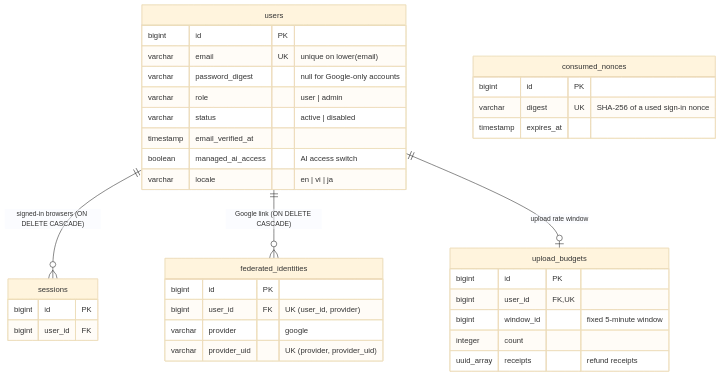
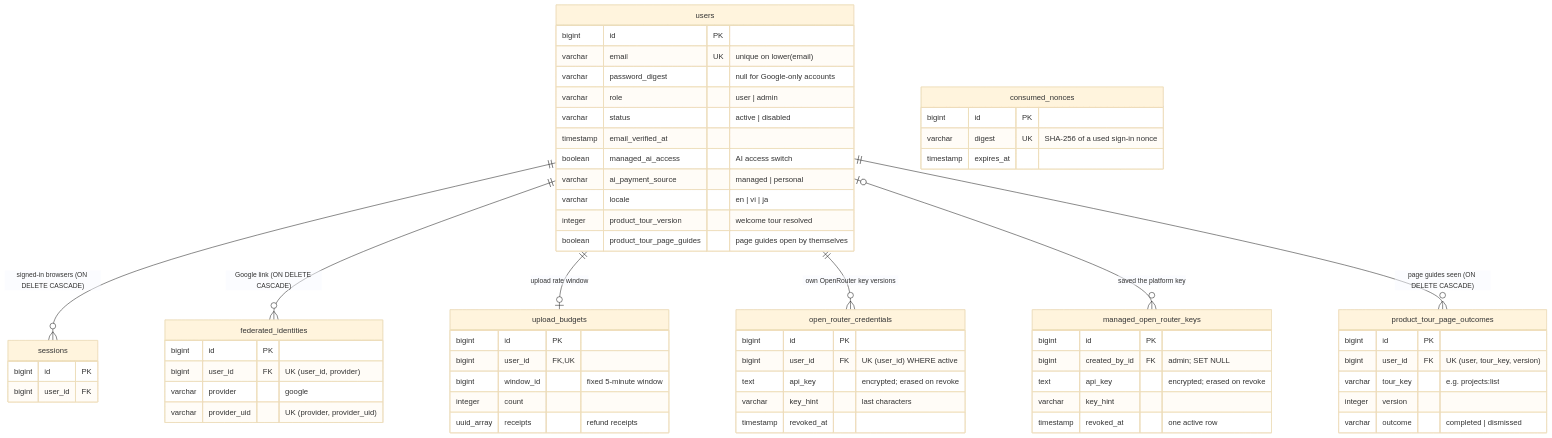
Before and after one commit to XKeviNguyen/three_heavens: the second of 11 diagrams in docs/architecture/database.md, drawn with Mermaid (base theme). The commit also changed other lines of this file and 151 other files, not shown here.

````diff
--- a/docs/architecture/database.md
+++ b/docs/architecture/database.md
@@ -49,38 +49,65 @@
 ```mermaid
 erDiagram
   users {
     bigint id PK
     varchar email UK "unique on lower(email)"
     varchar password_digest "null for Google-only accounts"
     varchar role "user | admin"
     varchar status "active | disabled"
     timestamp email_verified_at
     boolean managed_ai_access "AI access switch"
+    varchar ai_payment_source "managed | personal"
     varchar locale "en | vi | ja"
+    integer product_tour_version "welcome tour resolved"
+    boolean product_tour_page_guides "page guides open by themselves"
+  }
+  open_router_credentials {
+    bigint id PK
+    bigint user_id FK "UK (user_id) WHERE active"
+    text api_key "encrypted; erased on revoke"
+    varchar key_hint "last characters"
+    timestamp revoked_at
+  }
+  managed_open_router_keys {
+    bigint id PK
+    bigint created_by_id FK "admin; SET NULL"
+    text api_key "encrypted; erased on revoke"
+    varchar key_hint
+    timestamp revoked_at "one active row"
+  }
+  product_tour_page_outcomes {
+    bigint id PK
+    bigint user_id FK "UK (user, tour_key, version)"
+    varchar tour_key "e.g. projects:list"
+    integer version
+    varchar outcome "completed | dismissed"
   }
   sessions {
     bigint id PK
     bigint user_id FK
   }
   federated_identities {
     bigint id PK
     bigint user_id FK "UK (user_id, provider)"
     varchar provider "google"
     varchar provider_uid "UK (provider, provider_uid)"
   }
   consumed_nonces {
     bigint id PK
     varchar digest UK "SHA-256 of a used sign-in nonce"
     timestamp expires_at
   }
   upload_budgets {
     bigint id PK
     bigint user_id FK, UK
     bigint window_id "fixed 5-minute window"
     integer count
     uuid_array receipts "refund receipts"
   }
   users ||--o{ sessions : "signed-in browsers (ON DELETE CASCADE)"
   users ||--o{ federated_identities : "Google link (ON DELETE CASCADE)"
   users ||--o| upload_budgets : "upload rate window"
+  users ||--o{ open_router_credentials : "own OpenRouter key versions"
+  users |o--o{ managed_open_router_keys : "saved the platform key"
+  users ||--o{ product_tour_page_outcomes : "page guides seen (ON DELETE CASCADE)"
 ```
````
